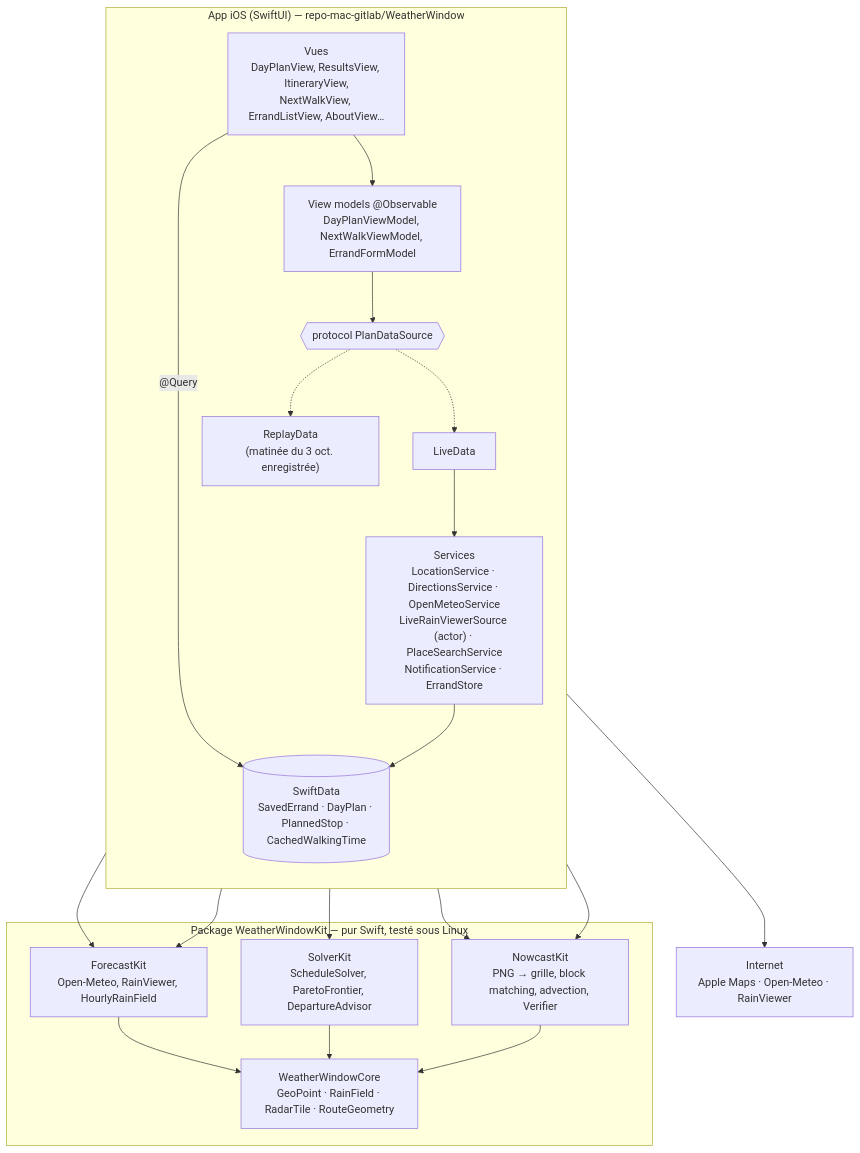
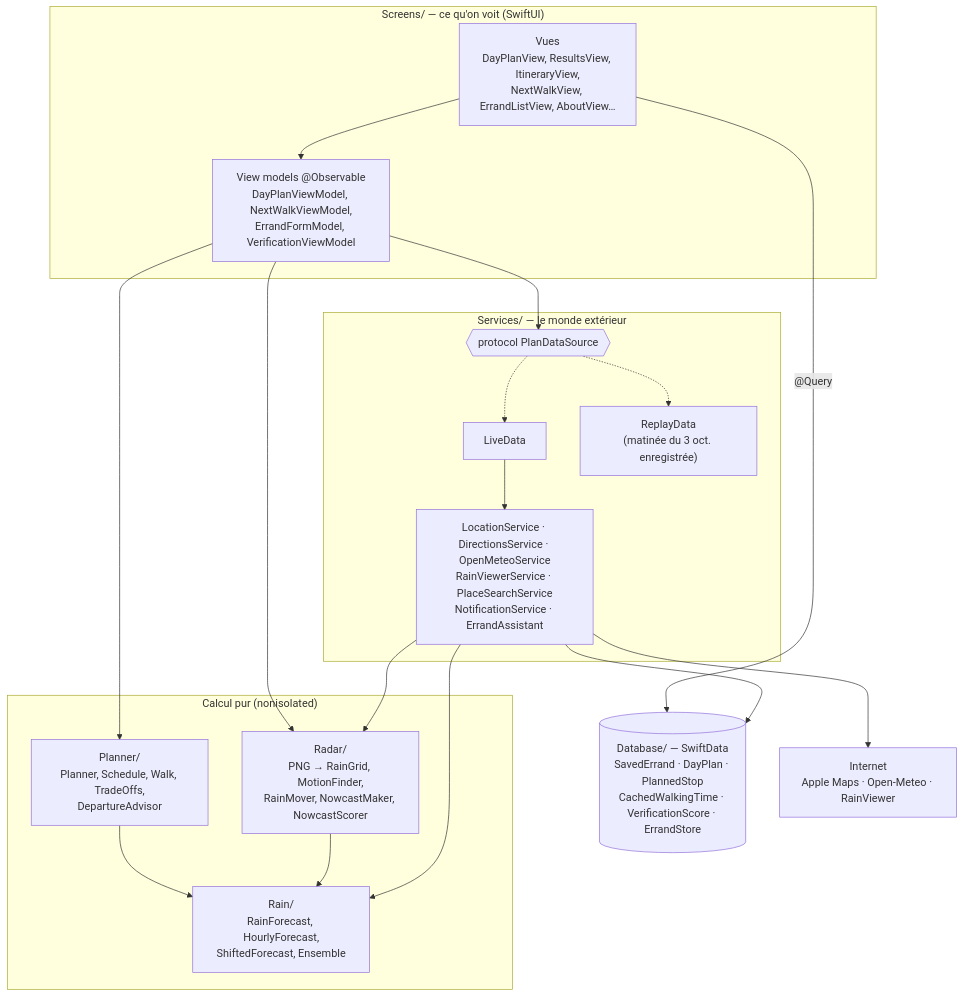
One commit to clembdn/WeatherWindows changed the first of 14 diagrams in docs/explication-du-code.md. Above: the diagram before and after it, drawn with Mermaid. The commit also changed other lines of this file and 240 other files, not shown here.

````diff
--- a/docs/explication-du-code.md
+++ b/docs/explication-du-code.md
@@ -56,39 +133,39 @@
 ```mermaid
 flowchart TB
-    subgraph APP["App iOS (SwiftUI) — repo-mac-gitlab/WeatherWindow"]
-        direction TB
+    subgraph SCREENS["Screens/ — ce qu'on voit (SwiftUI)"]
         V["Vues<br/>DayPlanView, ResultsView, ItineraryView,<br/>NextWalkView, ErrandListView, AboutView…"]
-        VM["View models @Observable<br/>DayPlanViewModel, NextWalkViewModel, ErrandFormModel"]
+        VM["View models @Observable<br/>DayPlanViewModel, NextWalkViewModel,<br/>ErrandFormModel, VerificationViewModel"]
+        V --> VM
+    end
+
+    subgraph SERVICES["Services/ — le monde extérieur"]
         DS{{"protocol PlanDataSource"}}
         LIVE["LiveData"]
         REPLAY["ReplayData<br/>(matinée du 3 oct. enregistrée)"]
-        S["Services<br/>LocationService · DirectionsService · OpenMeteoService<br/>LiveRainViewerSource (actor) · PlaceSearchService<br/>NotificationService · ErrandStore"]
-        DB[("SwiftData<br/>SavedErrand · DayPlan · PlannedStop · CachedWalkingTime")]
-        V --> VM
-        VM --> DS
+        S["LocationService · DirectionsService · OpenMeteoService<br/>RainViewerService · PlaceSearchService<br/>NotificationService · ErrandAssistant"]
         DS -.-> LIVE
         DS -.-> REPLAY
         LIVE --> S
-        V -->|"@Query"| DB
-        S --> DB
     end
 
-    subgraph KIT["Package WeatherWindowKit — pur Swift, testé sous Linux"]
-        CORE["WeatherWindowCore<br/>GeoPoint · RainField · RadarTile · RouteGeometry"]
-        FK["ForecastKit<br/>Open-Meteo, RainViewer, HourlyRainField"]
-        SK["SolverKit<br/>ScheduleSolver, ParetoFrontier, DepartureAdvisor"]
-        NK["NowcastKit<br/>PNG → grille, block matching, advection, Verifier"]
-        FK --> CORE
-        SK --> CORE
-        NK --> CORE
+    DB[("Database/ — SwiftData<br/>SavedErrand · DayPlan · PlannedStop<br/>CachedWalkingTime · VerificationScore · ErrandStore")]
+
+    subgraph LOGIC["Calcul pur (nonisolated)"]
+        P["Planner/<br/>Planner, Schedule, Walk, TradeOffs,<br/>DepartureAdvisor"]
+        R["Rain/<br/>RainForecast, HourlyForecast,<br/>ShiftedForecast, Ensemble"]
+        RA["Radar/<br/>PNG → RainGrid, MotionFinder,<br/>RainMover, NowcastMaker, NowcastScorer"]
+        P --> R
+        RA --> R
     end
 
-    VM --> SK
-    VM --> NK
-    VM --> FK
-    S --> FK
-    S --> NK
+    VM --> DS
+    V -->|"@Query"| DB
+    S --> DB
+    VM --> P
+    VM --> RA
+    S --> R
+    S --> RA
 
     EXT["Internet<br/>Apple Maps · Open-Meteo · RainViewer"]
     S --> EXT
 ```
````
